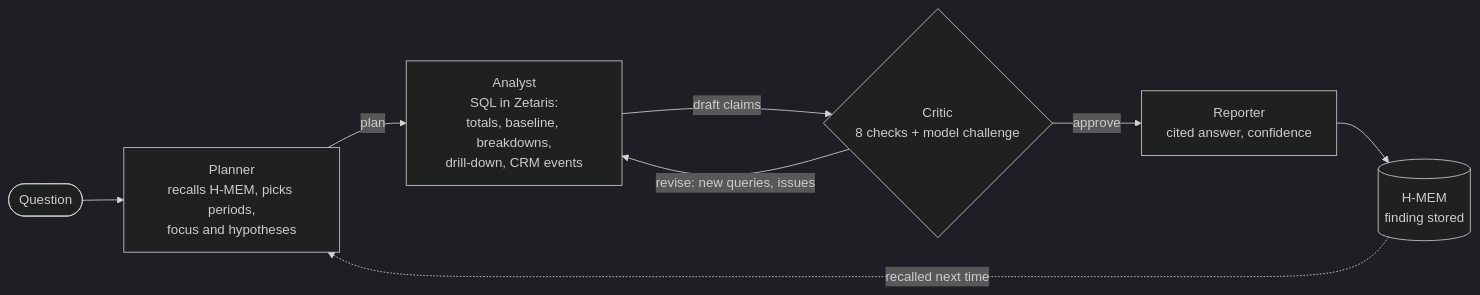
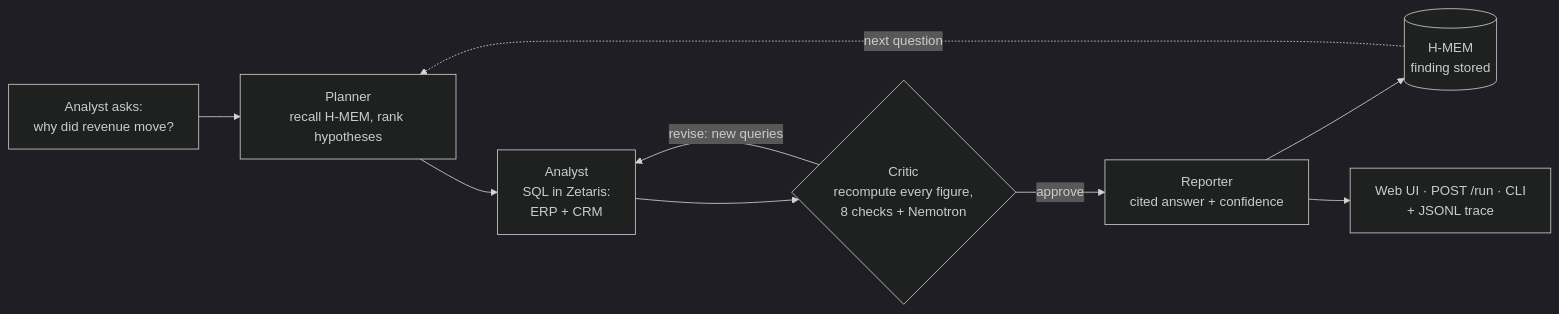
Before and after one commit to HarshitaAdlakha/causa: the first of 3 diagrams in README.md, drawn with Mermaid (dark theme). The commit also changed other lines of this file and 15 other files, not shown here.

````diff
--- a/README.md
+++ b/README.md
@@ -23,10 +63,11 @@
 ```mermaid
 flowchart LR
-  Q([Question]) --> P[Planner<br/>recalls H-MEM, picks periods,<br/>focus and hypotheses]
-  P -->|plan| A[Analyst<br/>SQL in Zetaris:<br/>totals, baseline, breakdowns,<br/>drill-down, CRM events]
-  A -->|draft claims| C{Critic<br/>8 checks + model challenge}
-  C -->|revise: new queries, issues| A
-  C -->|approve| R[Reporter<br/>cited answer, confidence]
-  R --> M[(H-MEM<br/>finding stored)]
-  M -.recalled next time.-> P
+    Q["Analyst asks:<br/>why did revenue move?"] --> P["Planner<br/>recall H-MEM, rank hypotheses"]
+    P --> A["Analyst<br/>SQL in Zetaris:<br/>ERP + CRM"]
+    A --> C{"Critic<br/>recompute every figure,<br/>8 checks + Nemotron"}
+    C -- "revise: new queries" --> A
+    C -- "approve" --> R["Reporter<br/>cited answer + confidence"]
+    R --> M[("H-MEM<br/>finding stored")]
+    M -. "next question" .-> P
+    R --> U["Web UI · POST /run · CLI<br/>+ JSONL trace"]
 ```
````
